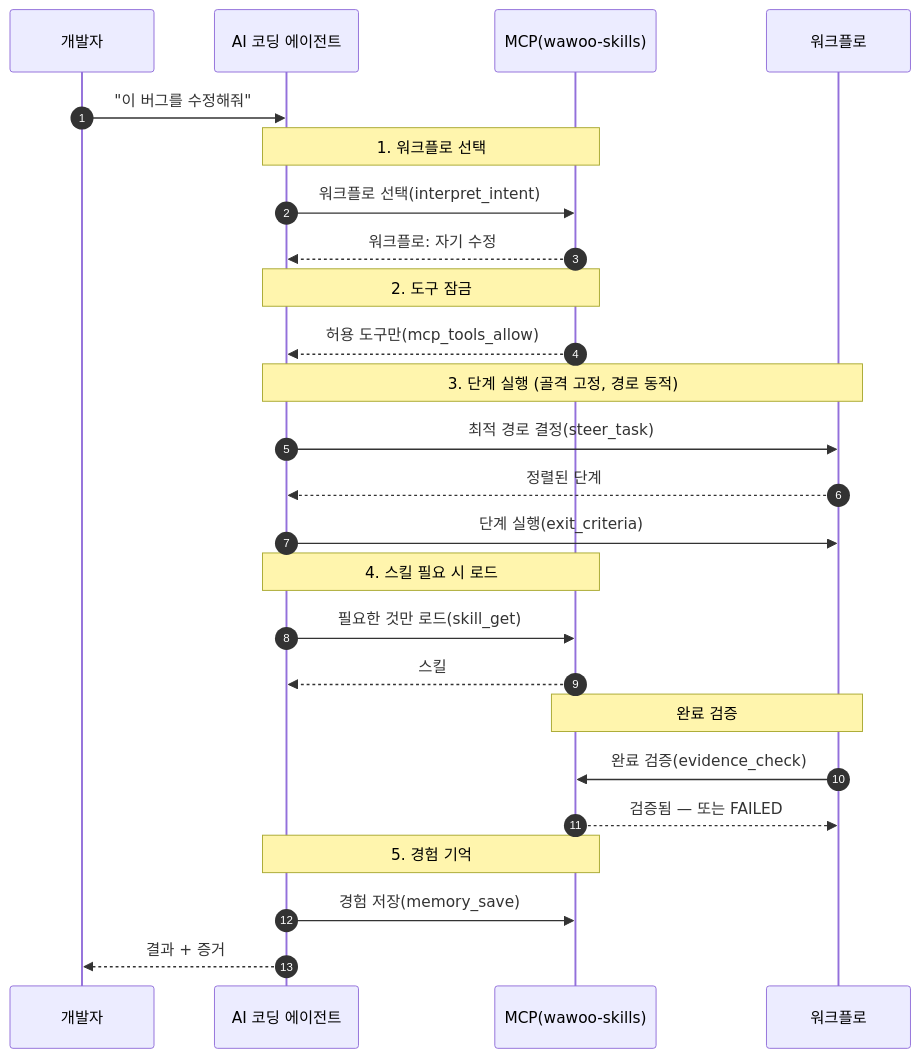
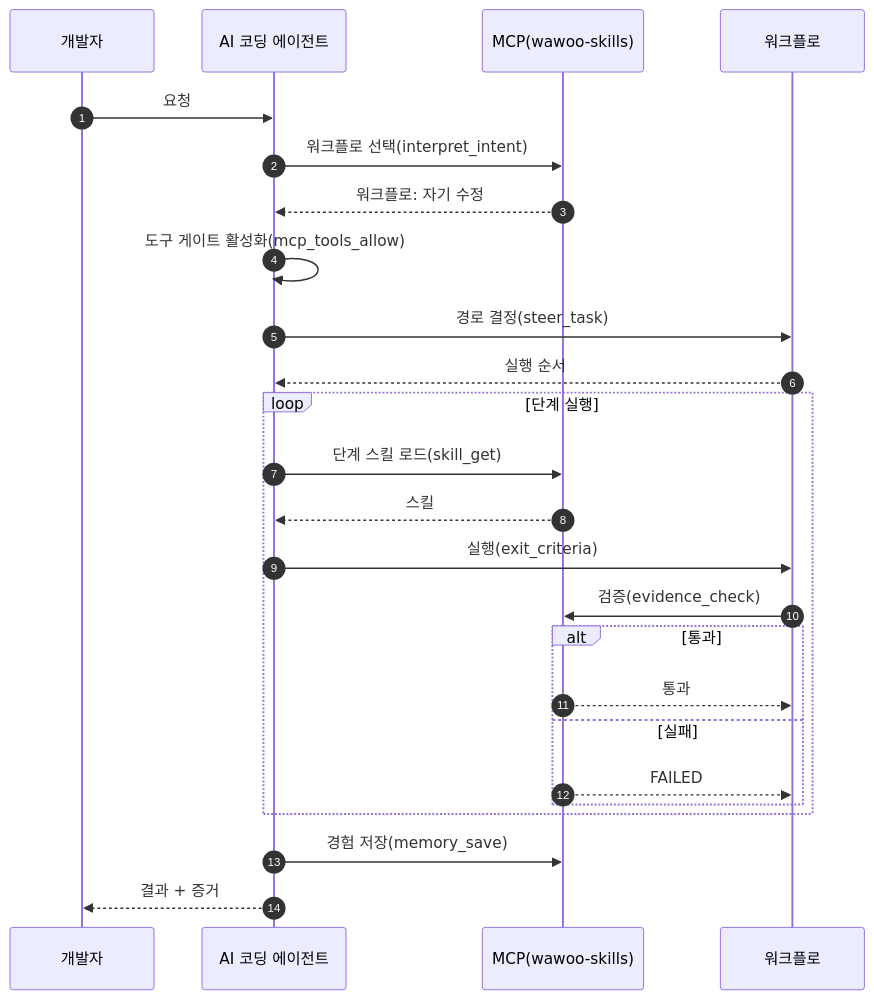
Before and after one commit to parkwoo/wawoo-agent-skills: the diagram in README.ko.md, drawn with Mermaid. The commit also changed 3 other files, not shown here.

Commit message:
docs: rewrite the sequence diagram as a clean request/reply with loop + alt (drop redundant notes)

````diff
--- a/README.ko.md
+++ b/README.ko.md
@@ -62,27 +62,27 @@
 ```mermaid
 sequenceDiagram
     autonumber
     participant U as 개발자
     participant A as AI 코딩 에이전트
     participant M as MCP(wawoo-skills)
     participant W as 워크플로
-    U->>A: "이 버그를 수정해줘"
-    Note over A,M: 1. 워크플로 선택
+    U->>A: 요청
     A->>M: 워크플로 선택(interpret_intent)
     M-->>A: 워크플로: 자기 수정
-    Note over A,M: 2. 도구 잠금
-    M-->>A: 허용 도구만(mcp_tools_allow)
-    Note over A,W: 3. 단계 실행 (골격 고정, 경로 동적)
-    A->>W: 최적 경로 결정(steer_task)
-    W-->>A: 정렬된 단계
-    A->>W: 단계 실행(exit_criteria)
-    Note over A,M: 4. 스킬 필요 시 로드
-    A->>M: 필요한 것만 로드(skill_get)
-    M-->>A: 스킬
-    Note over W,M: 완료 검증
-    W->>M: 완료 검증(evidence_check)
-    M-->>W: 검증됨 — 또는 FAILED
-    Note over A,M: 5. 경험 기억
+    A->>A: 도구 게이트 활성화(mcp_tools_allow)
+    A->>W: 경로 결정(steer_task)
+    W-->>A: 실행 순서
+    loop 단계 실행
+        A->>M: 단계 스킬 로드(skill_get)
+        M-->>A: 스킬
+        A->>W: 실행(exit_criteria)
+        W->>M: 검증(evidence_check)
+        alt 통과
+            M-->>W: 통과
+        else 실패
+            M-->>W: FAILED
+        end
+    end
     A->>M: 경험 저장(memory_save)
     A-->>U: 결과 + 증거
 ```
````
